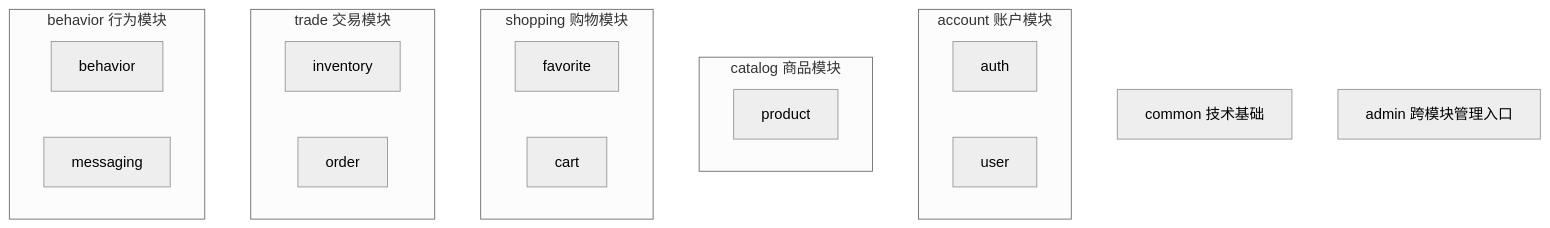
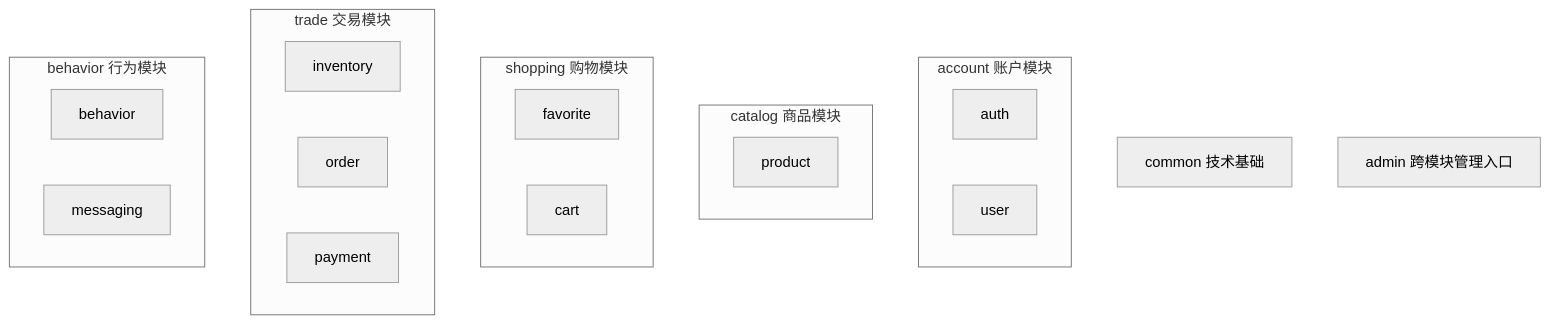
Before and after one commit to XMU-Linjer/persona-flow-commerce: the fourth of 15 diagrams in docs/v1.0-architecture.md, drawn with Mermaid (neutral theme). The commit also changed other lines of this file and 2 other files, not shown here.

````diff
--- a/docs/v1.0-architecture.md
+++ b/docs/v1.0-architecture.md
@@ -170,30 +170,31 @@
 ```mermaid
 flowchart TB
     Common[common 技术基础]
 
     subgraph AccountDomain[account 账户模块]
         Auth[auth]
         User[user]
     end
 
     subgraph CatalogDomain[catalog 商品模块]
         Product[product]
     end
 
     subgraph ShoppingDomain[shopping 购物模块]
         Favorite[favorite]
         Cart[cart]
     end
 
     subgraph TradeDomain[trade 交易模块]
         Inventory[inventory]
         Order[order]
+        Payment[payment]
     end
 
     subgraph BehaviorDomain[behavior 行为模块]
         BehaviorPkg[behavior]
         Messaging[messaging]
     end
 
     Admin[admin 跨模块管理入口]
 ```
````
